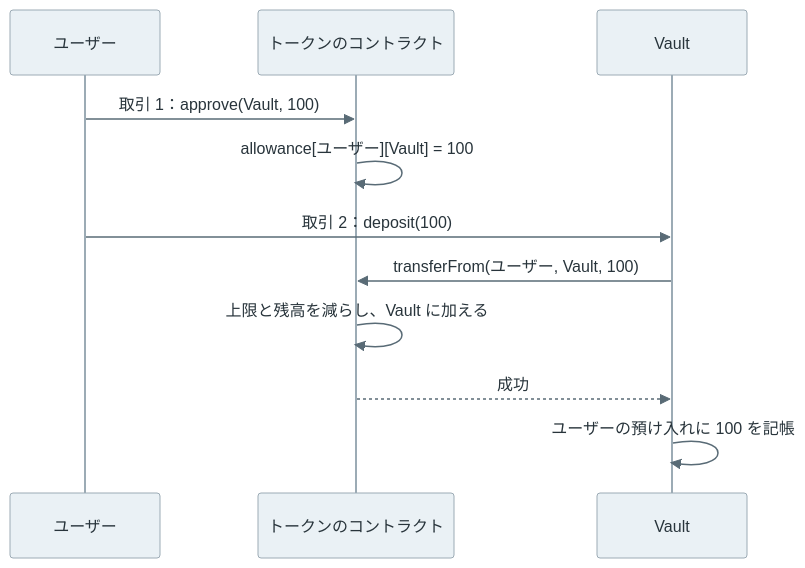
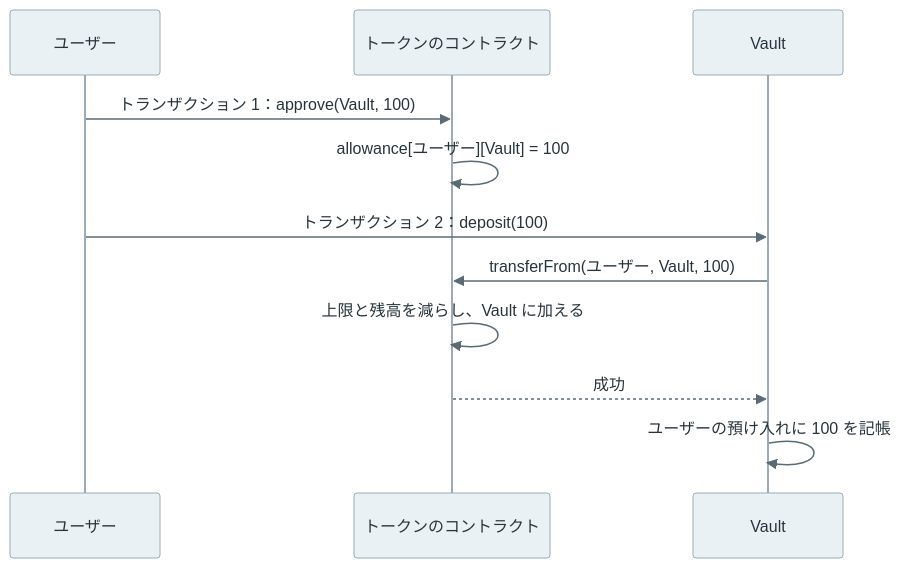
The diagram in content/notes/blockchain-systems/erc-20/index.md (nao1215/debimate), drawn with Mermaid before and after one commit. The commit also changed other lines of this file and 14 other files, not shown here.

````diff
--- a/content/notes/blockchain-systems/erc-20/index.md
+++ b/content/notes/blockchain-systems/erc-20/index.md
@@ -96,14 +96,14 @@
 ```mermaid
 %%{init: {"theme":"base","themeVariables":{"primaryColor":"#eaf1f5","primaryTextColor":"#28343b","primaryBorderColor":"#9cabb5","lineColor":"#596b76","textColor":"#28343b","actorBkg":"#eaf1f5","actorBorder":"#9cabb5","actorTextColor":"#28343b","actorLineColor":"#9cabb5","signalColor":"#596b76","signalTextColor":"#28343b","noteBkgColor":"#f7f1e5","noteBorderColor":"#c5b99b","noteTextColor":"#403c32","activationBkgColor":"#edf3ef","activationBorderColor":"#9aafa1"}}}%%
 sequenceDiagram
     participant U as ユーザー
     participant T as トークンのコントラクト
     participant V as Vault
-    U->>T: 取引 1：approve(Vault, 100)
+    U->>T: トランザクション 1：approve(Vault, 100)
     T->>T: allowance[ユーザー][Vault] = 100
-    U->>V: 取引 2：deposit(100)
+    U->>V: トランザクション 2：deposit(100)
     V->>T: transferFrom(ユーザー, Vault, 100)
     T->>T: 上限と残高を減らし、Vault に加える
     T-->>V: 成功
     V->>V: ユーザーの預け入れに 100 を記帳
 ```
````
